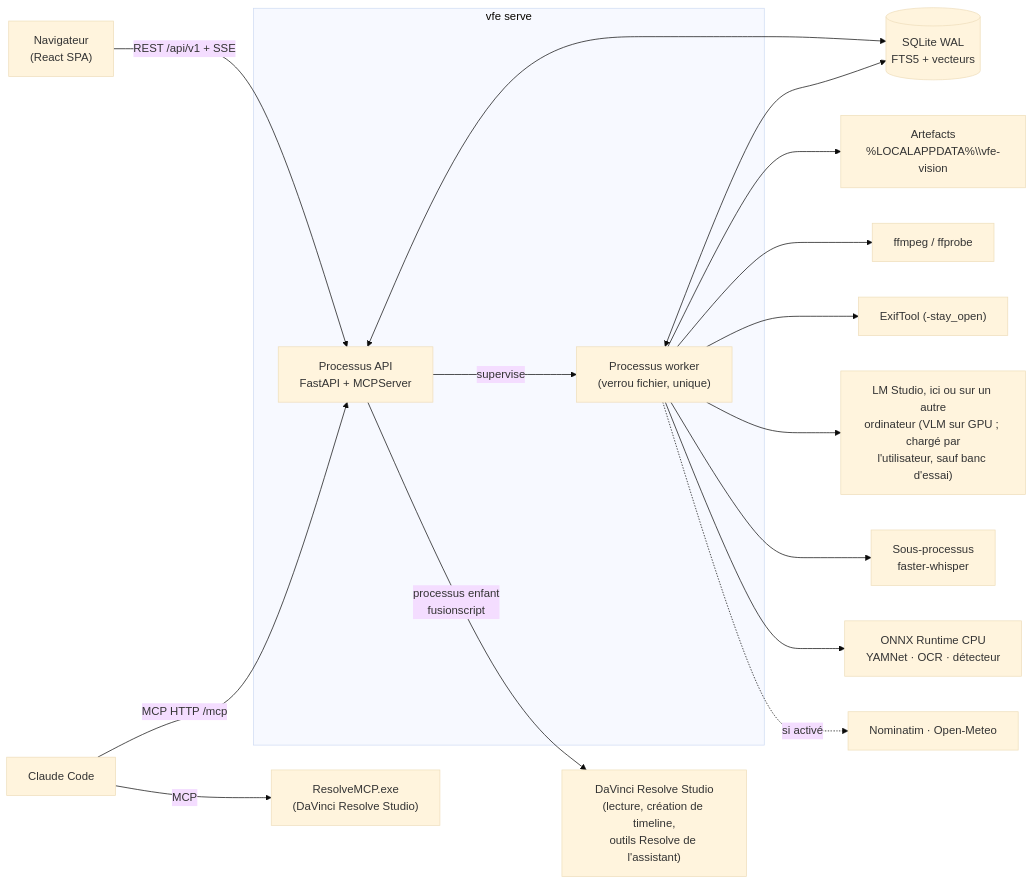
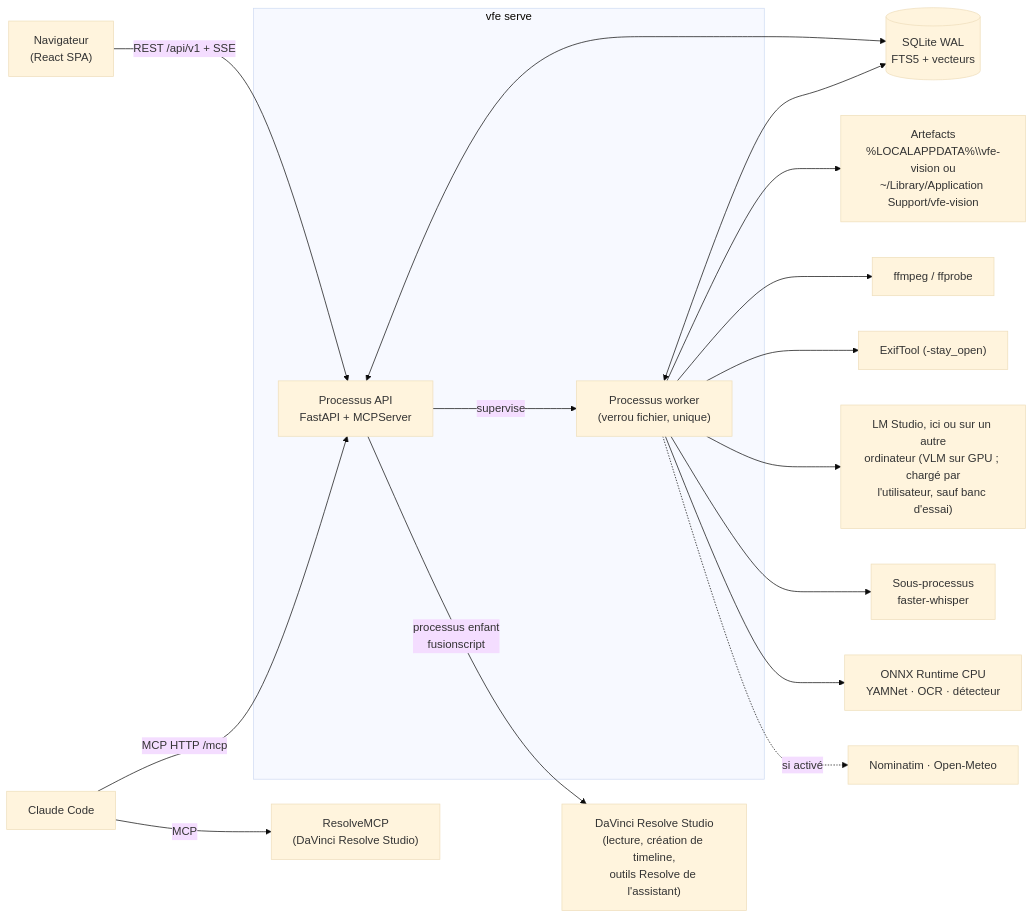
One commit to VideoFrameExpedition/video-frame-expedition-resolve changed the diagram in docs/architecture.fr.md. Above: the diagram before and after it, drawn with Mermaid (base theme). The commit also changed other lines of this file and 87 other files, not shown here.

````diff
--- a/docs/architecture.fr.md
+++ b/docs/architecture.fr.md
@@ -7,23 +7,23 @@
 ```mermaid
 flowchart LR
     Browser["Navigateur<br/>(React SPA)"] -- "REST /api/v1 + SSE" --> API
     Claude["Claude Code"] -- "MCP HTTP /mcp" --> API
-    Claude -- "MCP" --> Resolve["ResolveMCP.exe<br/>(DaVinci Resolve Studio)"]
+    Claude -- "MCP" --> Resolve["ResolveMCP<br/>(DaVinci Resolve Studio)"]
     API -- "processus enfant<br/>fusionscript" --> ResolveApp["DaVinci Resolve Studio<br/>(lecture, création de timeline,<br/>outils Resolve de l'assistant)"]
 
     subgraph serve["vfe serve"]
         API["Processus API<br/>FastAPI + MCPServer"]
         Worker["Processus worker<br/>(verrou fichier, unique)"]
         API -- "supervise" --> Worker
     end
 
     API <--> DB[("SQLite WAL<br/>FTS5 + vecteurs")]
     Worker <--> DB
-    Worker --> Artifacts["Artefacts<br/>%LOCALAPPDATA%\\vfe-vision"]
+    Worker --> Artifacts["Artefacts<br/>%LOCALAPPDATA%\\vfe-vision ou<br/>~/Library/Application Support/vfe-vision"]
     Worker --> FFmpeg["ffmpeg / ffprobe"]
     Worker --> ExifTool["ExifTool (-stay_open)"]
     Worker --> LMStudio["LM Studio, ici ou sur un autre<br/>ordinateur (VLM sur GPU ; chargé par<br/>l'utilisateur, sauf banc d'essai)"]
     Worker --> ASR["Sous-processus<br/>faster-whisper"]
     Worker --> ONNX["ONNX Runtime CPU<br/>YAMNet · OCR · détecteur"]
     Worker -. "si activé" .-> Web["Nominatim · Open-Meteo"]
 ```
````
